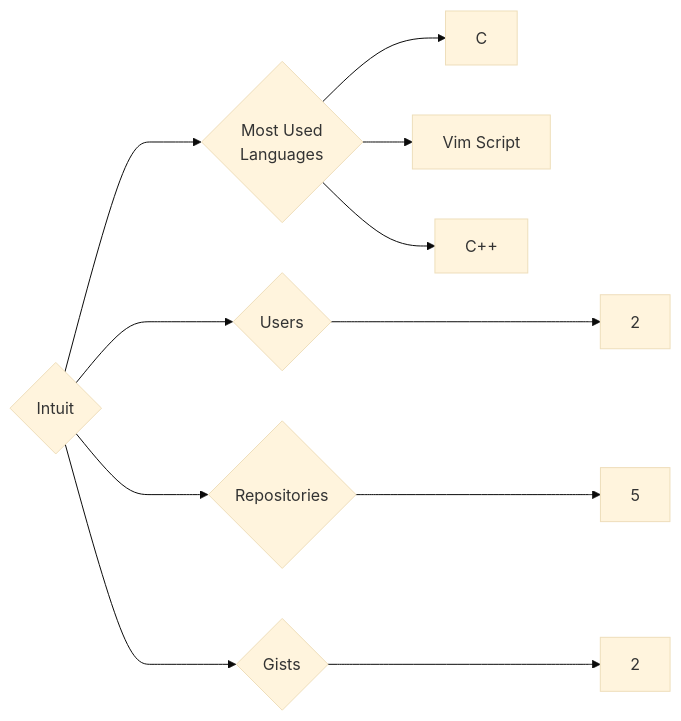
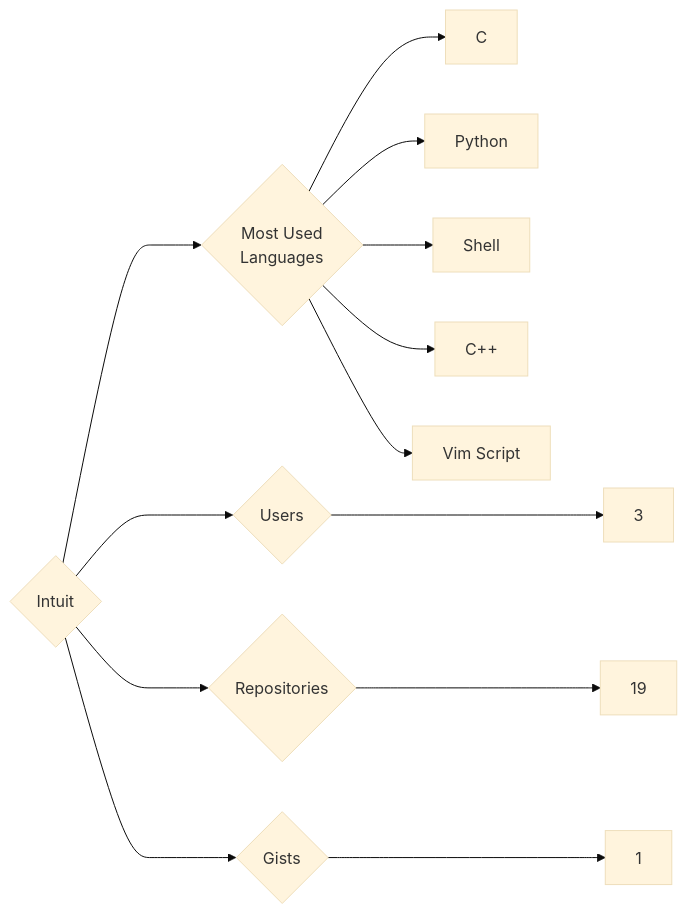
One commit to trickest/insiders changed the diagram in targets/Intuit/README.md. Above: the diagram before and after it, drawn with Mermaid (base theme). The commit also changed 859 other files, not shown here.

````diff
--- a/targets/Intuit/README.md
+++ b/targets/Intuit/README.md
@@ -3,11 +3,13 @@
 ```mermaid
 graph LR
 COMPANY_NAME{Intuit}
-COMPANY_NAME ---> U{Users} ---> UN[2]
-COMPANY_NAME ---> R{Repositories} ---> RN[5]
-COMPANY_NAME ---> G{Gists} ---> GN[2]
+COMPANY_NAME ---> U{Users} ---> UN[3]
+COMPANY_NAME ---> R{Repositories} ---> RN[19]
+COMPANY_NAME ---> G{Gists} ---> GN[1]
 COMPANY_NAME ---> ML{Most Used<br>Languages}
 ML --> C[C]
+ML --> Python[Python]
+ML --> Shell[Shell]
+ML --> C++[C++]
 ML --> Vim_Script[Vim Script]
-ML --> C++[C++]
 ```
````
